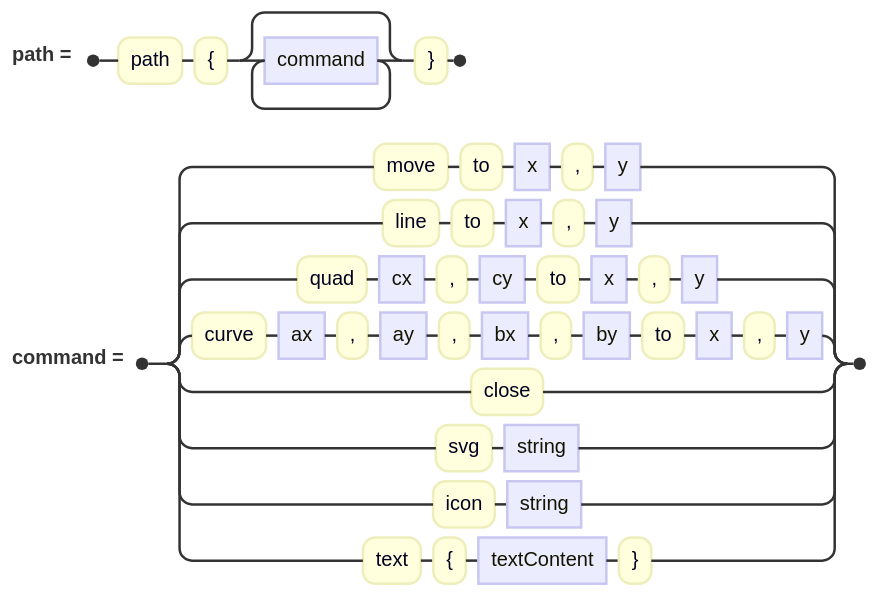
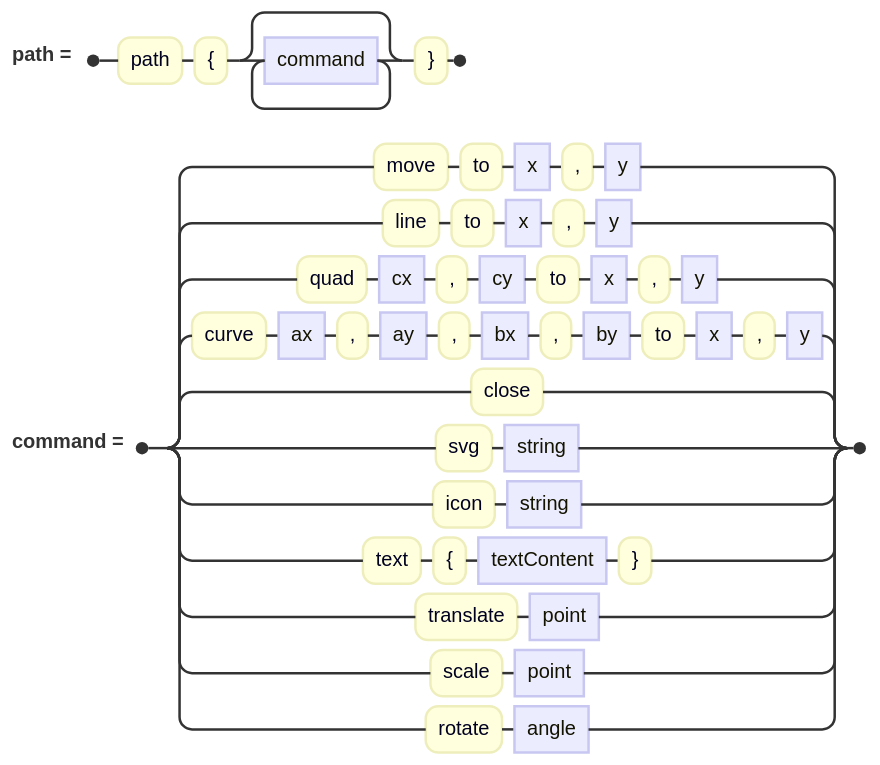
Before and after one commit to jskress/RayTracer: the diagram in docs/diagrams/advanced/pathClause.mmd, drawn with Mermaid. The commit also changed 13 other files, not shown here.

```diff
--- a/docs/diagrams/advanced/pathClause.mmd
+++ b/docs/diagrams/advanced/pathClause.mmd
@@ -1,10 +1,11 @@
 railroad-ebnf-beta
 title "A 2D path"
 
 path = "path" "{" { command } "}" ;
 
 command = "move" "to" x "," y | "line" "to" x "," y
         | "quad" cx "," cy "to" x "," y
         | "curve" ax "," ay "," bx "," by "to" x "," y
         | "close" | "svg" string | "icon" string
-        | "text" "{" textContent "}" ;
+        | "text" "{" textContent "}"
+        | "translate" point | "scale" point | "rotate" angle ;
```
